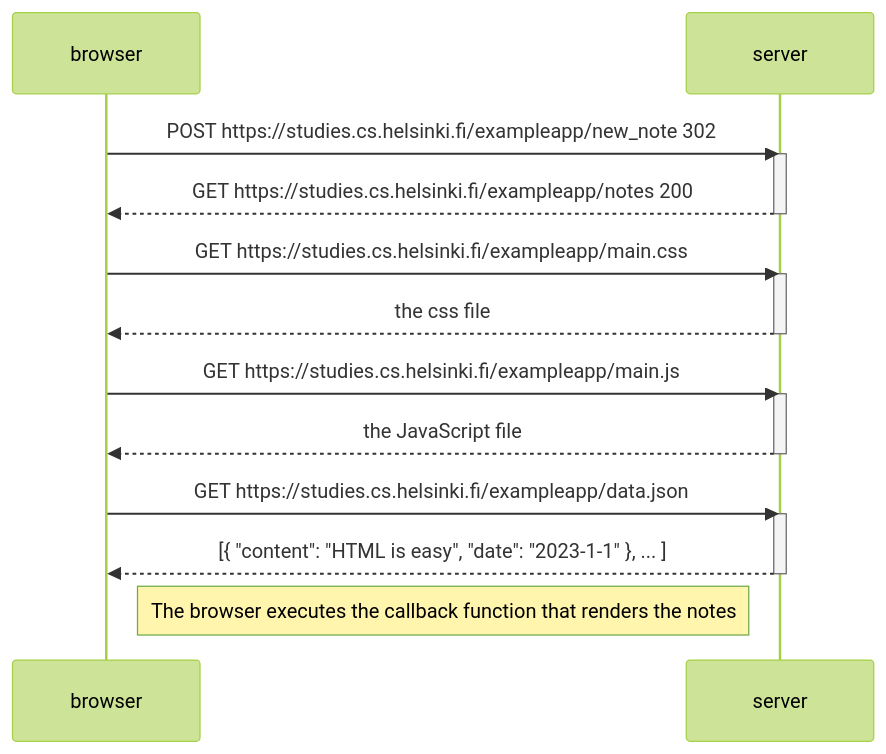
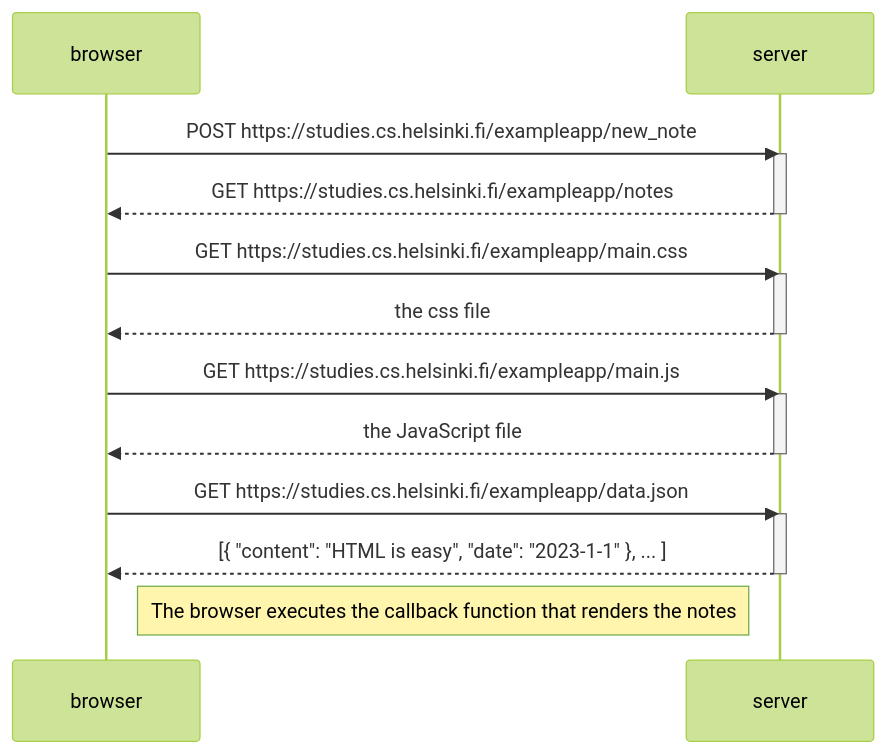
One commit to Lefti90/FullStackOpen-IS changed the diagram in osa0/0_4.md. Above: the diagram before and after it, drawn with Mermaid (forest theme).

Commit message:
0_4 update 2

````diff
--- a/osa0/0_4.md
+++ b/osa0/0_4.md
@@ -1,27 +1,27 @@
 ```mermaid
 sequenceDiagram
     participant browser
     participant server
     
-    browser->>server: POST https://studies.cs.helsinki.fi/exampleapp/new_note 302
+    browser->>server: POST https://studies.cs.helsinki.fi/exampleapp/new_note
     activate server
-    server-->>browser: GET https://studies.cs.helsinki.fi/exampleapp/notes 200
+    server-->>browser: GET https://studies.cs.helsinki.fi/exampleapp/notes
     deactivate server
     
     browser->>server: GET https://studies.cs.helsinki.fi/exampleapp/main.css
     activate server
     server-->>browser: the css file
     deactivate server
     
     browser->>server: GET https://studies.cs.helsinki.fi/exampleapp/main.js
     activate server
     server-->>browser: the JavaScript file
     deactivate server
     
     browser->>server: GET https://studies.cs.helsinki.fi/exampleapp/data.json
     activate server
     server-->>browser: [{ "content": "HTML is easy", "date": "2023-1-1" }, ... ]
     deactivate server    
 
     Note right of browser: The browser executes the callback function that renders the notes 
 ```
````
